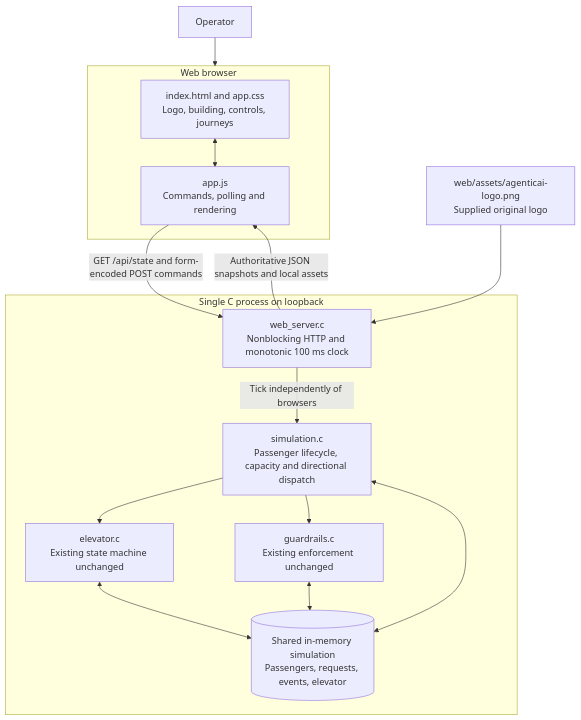
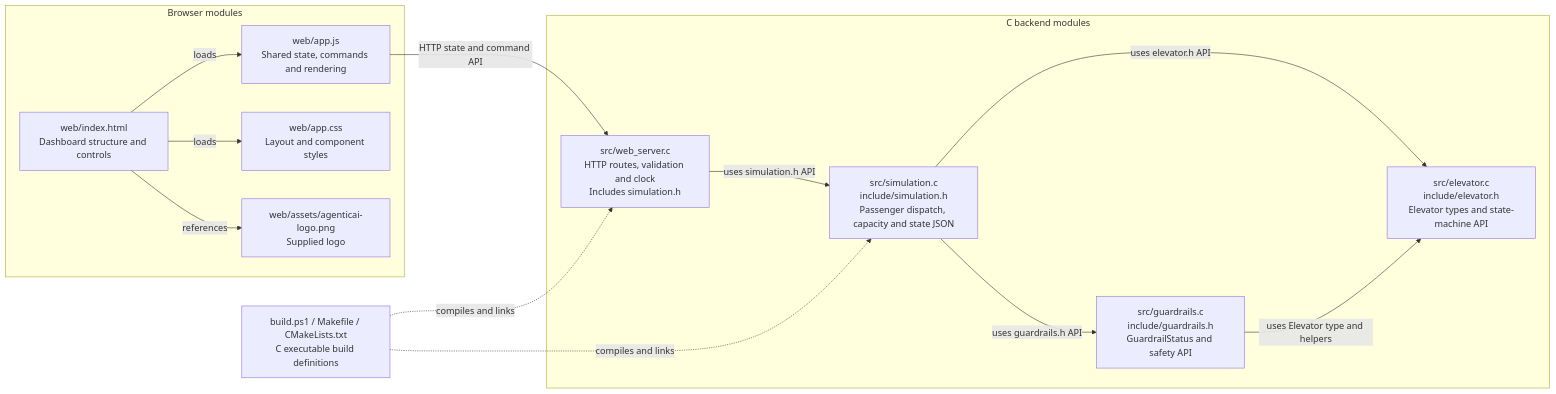
One commit to miroslawstaron/elevator_runtime_guardrail_simple changed the diagram in docs/evolution/diagrams/after-01-architecture.mmd. Above: the diagram before and after it, drawn with Mermaid. The commit also changed 196 other files, not shown here.

```diff
--- a/docs/evolution/diagrams/after-01-architecture.mmd
+++ b/docs/evolution/diagrams/after-01-architecture.mmd
@@ -1,23 +1,24 @@
-flowchart TB
-    Operator[Operator] --> Browser
-    subgraph Browser[Web browser]
-        UI[index.html and app.css<br/>Logo, building, controls, journeys]
-        JS[app.js<br/>Commands, polling and rendering]
-        UI <--> JS
+flowchart LR
+    subgraph Web[Browser modules]
+        Page["web/index.html<br/>Dashboard structure and controls"]
+        App["web/app.js<br/>Shared state, commands and rendering"]
+        Styles["web/app.css<br/>Layout and component styles"]
+        Page -->|loads| App
+        Page -->|loads| Styles
+        Logo["web/assets/agenticai-logo.png<br/>Supplied logo"]
+        Page -->|references| Logo
     end
-    subgraph Backend[Single C process on loopback]
-        HTTP[web_server.c<br/>Nonblocking HTTP and monotonic 100 ms clock]
-        Sim[simulation.c<br/>Passenger lifecycle, capacity and directional dispatch]
-        Core[elevator.c<br/>Existing state machine unchanged]
-        Guards[guardrails.c<br/>Existing enforcement unchanged]
-        Memory[(Shared in-memory simulation<br/>Passengers, requests, events, elevator)]
-        HTTP -->|Tick independently of browsers| Sim
-        Sim --> Core
-        Sim --> Guards
-        Sim <--> Memory
-        Core <--> Memory
-        Guards <--> Memory
+    subgraph Backend[C backend modules]
+        HTTP["src/web_server.c<br/>HTTP routes, validation and clock<br/>Includes simulation.h"]
+        Sim["src/simulation.c<br/>include/simulation.h<br/>Passenger dispatch, capacity and state JSON"]
+        Elevator["src/elevator.c<br/>include/elevator.h<br/>Elevator types and state-machine API"]
+        Guard["src/guardrails.c<br/>include/guardrails.h<br/>GuardrailStatus and safety API"]
+        HTTP -->|uses simulation.h API| Sim
+        Sim -->|uses elevator.h API| Elevator
+        Sim -->|uses guardrails.h API| Guard
+        Guard -->|uses Elevator type and helpers| Elevator
     end
-    JS -->|GET /api/state and form-encoded POST commands| HTTP
-    HTTP -->|Authoritative JSON snapshots and local assets| JS
-    Assets[web/assets/agenticai-logo.png<br/>Supplied original logo] --> HTTP
+    App -->|HTTP state and command API| HTTP
+    Build["build.ps1 / Makefile / CMakeLists.txt<br/>C executable build definitions"]
+    Build -.->|compiles and links| HTTP
+    Build -.->|compiles and links| Sim
```
